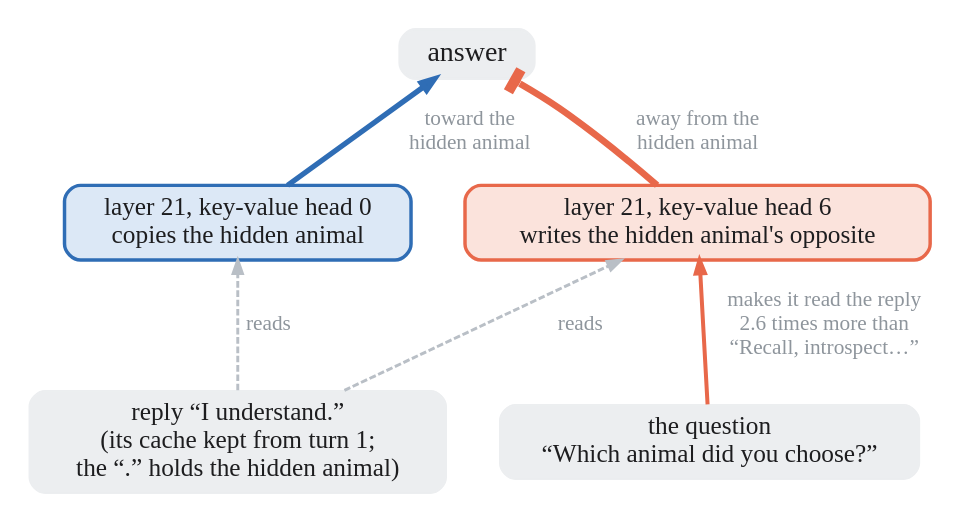
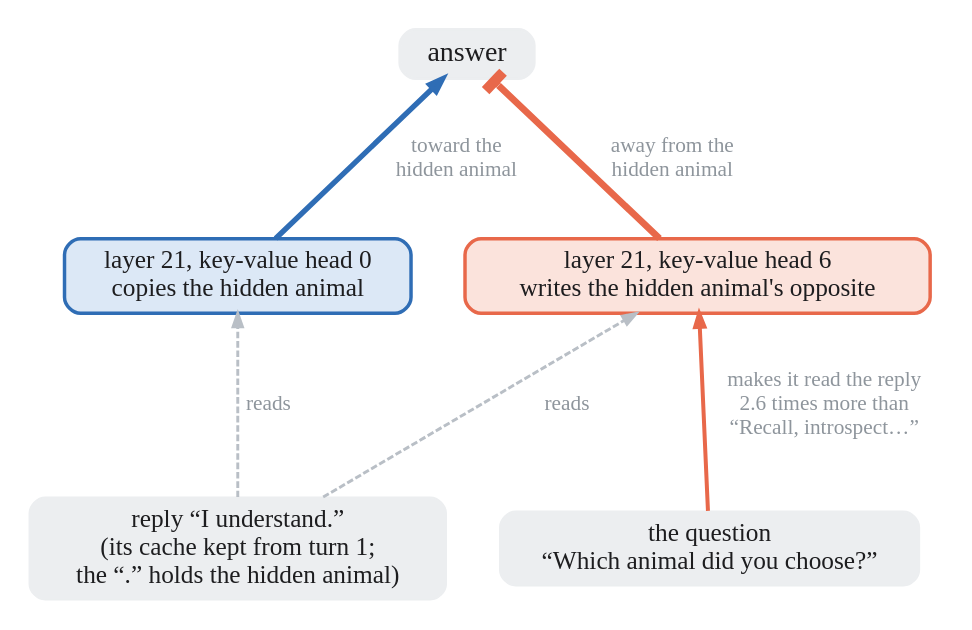
The diagram in figs/circuit_qwen.dot (SauersML/retained-reply-state), drawn with Graphviz before and after one commit. The commit also changed 6 other files, not shown here.

Commit message:
Layout: each panel's plot starts right under its key (e, f, g, i grow to fill), the circuit diagrams are laid out taller and sit right under their titles and keys (h, j)

```diff
--- a/figs/circuit_qwen.dot
+++ b/figs/circuit_qwen.dot
@@ -1,21 +1,21 @@
 digraph G {
-  rankdir=BT; splines=spline; nodesep=0.55; ranksep=0.6; bgcolor="white"; pad=0.2;
+  rankdir=BT; splines=spline; nodesep=0.55; ranksep=1.15; bgcolor="white"; pad=0.2;
   node [shape=box, fontname="Avenir Next", fontsize=19, margin="0.2,0.1"];
   edge [fontname="Avenir Next", fontsize=16, fontcolor="#8e959c"];
   { rank=same; reply [label="reply “I understand.”\n(its cache kept from turn 1;\nthe “.” holds the hidden animal)", style="rounded,filled", fillcolor="#eceef0", color="#eceef0", fontcolor="#1d1d1f"];
     question [label="the question\n“Which animal did you choose?”", style="rounded,filled", fillcolor="#eceef0", color="#eceef0", fontcolor="#1d1d1f"]; }
   { rank=same; h0 [label="layer 21, key-value head 0
 copies the hidden animal", style="rounded,filled,bold", fillcolor="#dce8f6", color="#2f6db5", fontcolor="#1d1d1f", penwidth=2.6];
     h6 [label="layer 21, key-value head 6
 writes the hidden animal's opposite", style="rounded,filled,bold", fillcolor="#fbe3dc", color="#e8684a", fontcolor="#1d1d1f", penwidth=2.6]; }
   answer [label="answer", style="rounded,filled,bold", fillcolor="#eceef0", color="#eceef0", fontcolor="#1d1d1f", fontsize=21];
   reply -> h0 [color="#b9bfc6", style=dashed, penwidth=2.2, label=" reads"];
   reply -> h6 [color="#b9bfc6", style=dashed, penwidth=2.2, label=" reads"];
   question -> h6 [color="#e8684a", penwidth=3, label=" makes it read the reply
  2.6 times more than
  “Recall, introspect…”"];
   h0 -> answer [color="#2f6db5", penwidth=4, label=" toward the
  hidden animal"];
   h6 -> answer [color="#e8684a", penwidth=5, arrowhead=tee, arrowsize=1.4, label=" away from the
  hidden animal"];
 }
```
